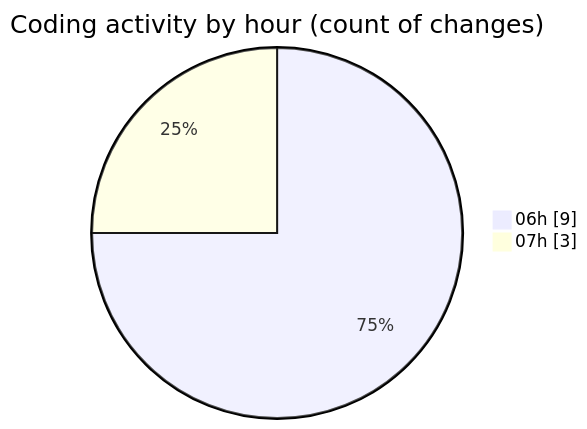
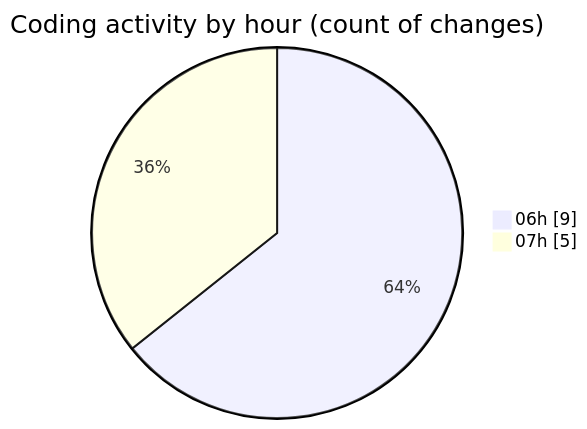
The second of 2 diagrams in 2025-05-11/elitesun/README.md (Elitesun/code-tracking), drawn with Mermaid before and after one commit. The commit also changed other lines of this file and 1 other file, not shown here.

````diff
--- a/2025-05-11/elitesun/README.md
+++ b/2025-05-11/elitesun/README.md
@@ -35,6 +36,6 @@
 ```mermaid
 pie showData
 title Coding activity by hour (count of changes)
 "06h" : 9
-"07h" : 3
+"07h" : 5
 ```
````
